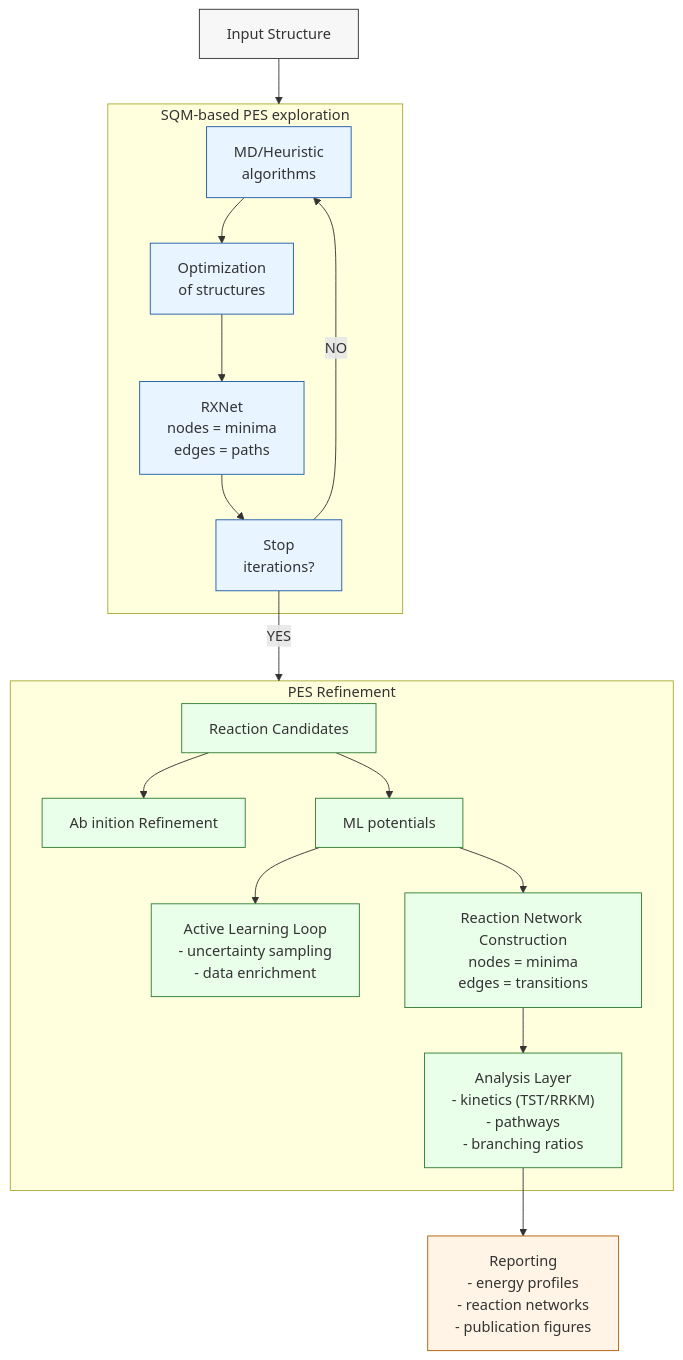
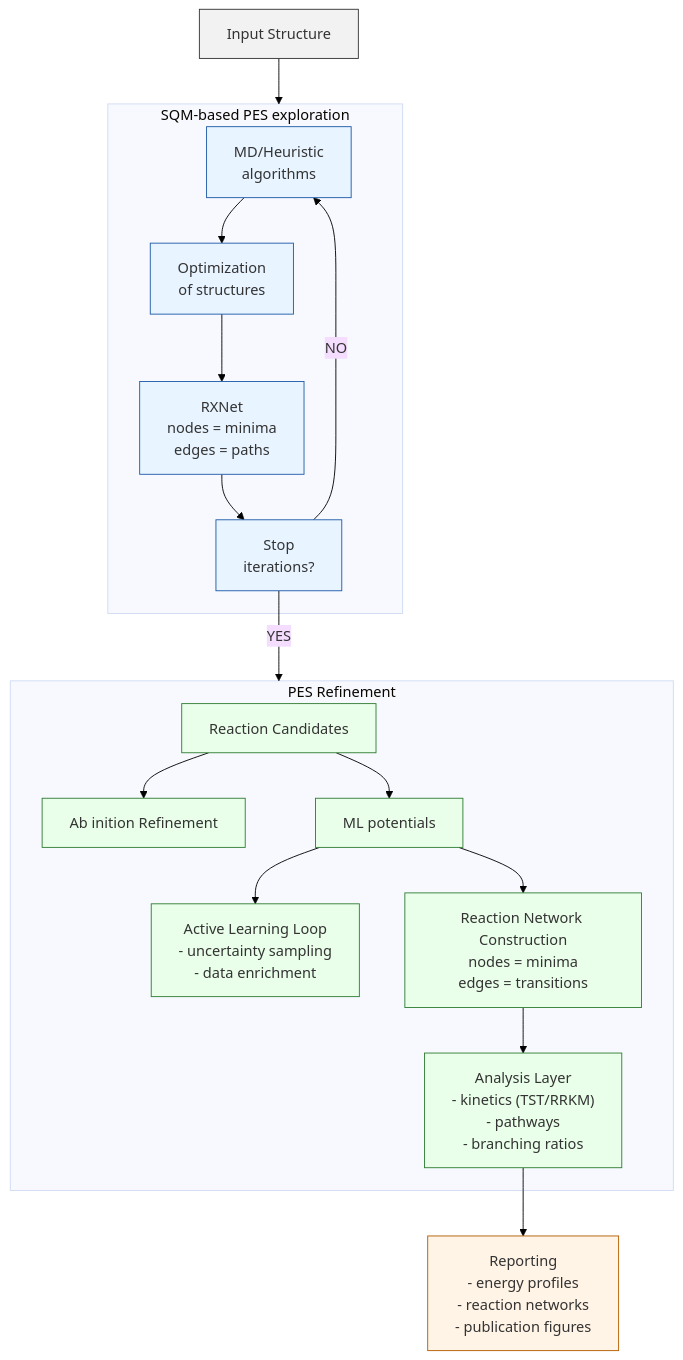
The diagram in diagrams/diagrama.mmd (emartineznunez/mermaid), drawn with Mermaid before and after one commit.

```diff
--- a/diagrams/diagrama.mmd
+++ b/diagrams/diagrama.mmd
@@ -1,65 +1,67 @@
-%%{init: {'themeVariables': { 'background': '#ffffff' }}}%%
+%%{init: {
+  'theme': 'base',
+  'themeVariables': {
+    'background': '#ffffff'
+  }
+}}%%
+
 flowchart TD
 
 %% =========================
 %% Input
 %% =========================
 A["Input Structure"]
 
 %% =========================
 %% Exploration layer
 %% =========================
 subgraph EXP[SQM-based PES exploration]
 B1["MD/Heuristic\n algorithms "]
 B2["Optimization\n of structures"]
 B3["RXNet\nnodes = minima\nedges = paths"]
 B4["Stop\niterations?"]
 
 B1 --> B2 --> B3 --> B4
 B4 -->|NO| B1
 end
 
 A --> EXP
 
 %% =========================
 %% Refinement layer
 %% =========================
 subgraph REF[PES Refinement]
 C[Reaction Candidates]
 
 C --> D["Ab inition Refinement"]
 C --> E["ML potentials"]
 
 E --> F["Active Learning Loop\n- uncertainty sampling\n- data enrichment"]
 E --> G["Reaction Network Construction\nnodes = minima\nedges = transitions"]
 
 G --> H["Analysis Layer\n- kinetics (TST/RRKM)\n- pathways\n- branching ratios"]
 end
 
 B4 -->|YES| REF
 
 %% =========================
 %% Output
 %% =========================
 H --> I["Reporting\n- energy profiles\n- reaction networks\n- publication figures"]
 
 %% =========================
 %% STYLING
 %% =========================
 
-classDef inputFill fill:#f7f7f7,stroke:#333,stroke-width:1px;
-classDef expFill fill:#e8f4ff,stroke:#1e5aa8,stroke-width:1px;
-classDef refFill fill:#eaffea,stroke:#2f7d32,stroke-width:1px;
-classDef outFill fill:#fff4e6,stroke:#b35c00,stroke-width:1px;
+classDef inputFill fill:#f2f2f2,stroke:#333,stroke-width:1px,fill-opacity:1;
+classDef expFill fill:#e8f4ff,stroke:#1e5aa8,stroke-width:1px,fill-opacity:1;
+classDef refFill fill:#eaffea,stroke:#2f7d32,stroke-width:1px,fill-opacity:1;
+classDef outFill fill:#fff4e6,stroke:#b35c00,stroke-width:1px,fill-opacity:1;
 
-%% Input
 class A inputFill;
 
-%% Exploration layer
 class B1,B2,B3,B4 expFill;
 
-%% Refinement layer
 class C,D,E,F,G,H refFill;
 
-%% Output
 class I outFill;
```
